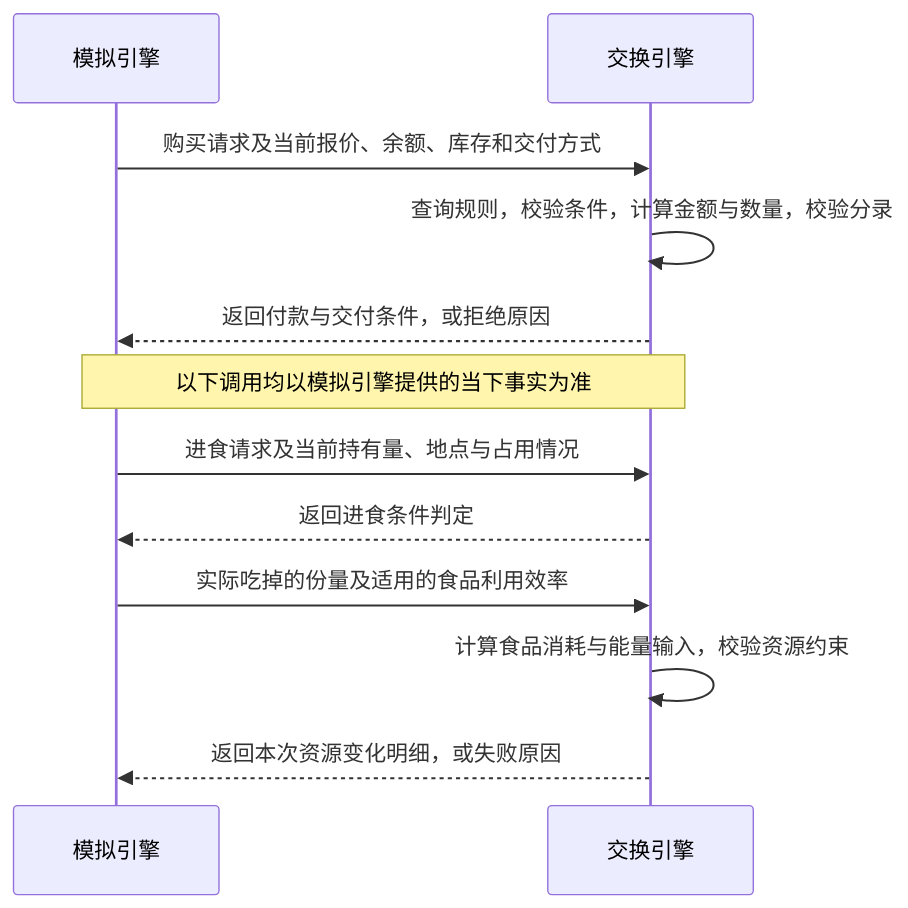
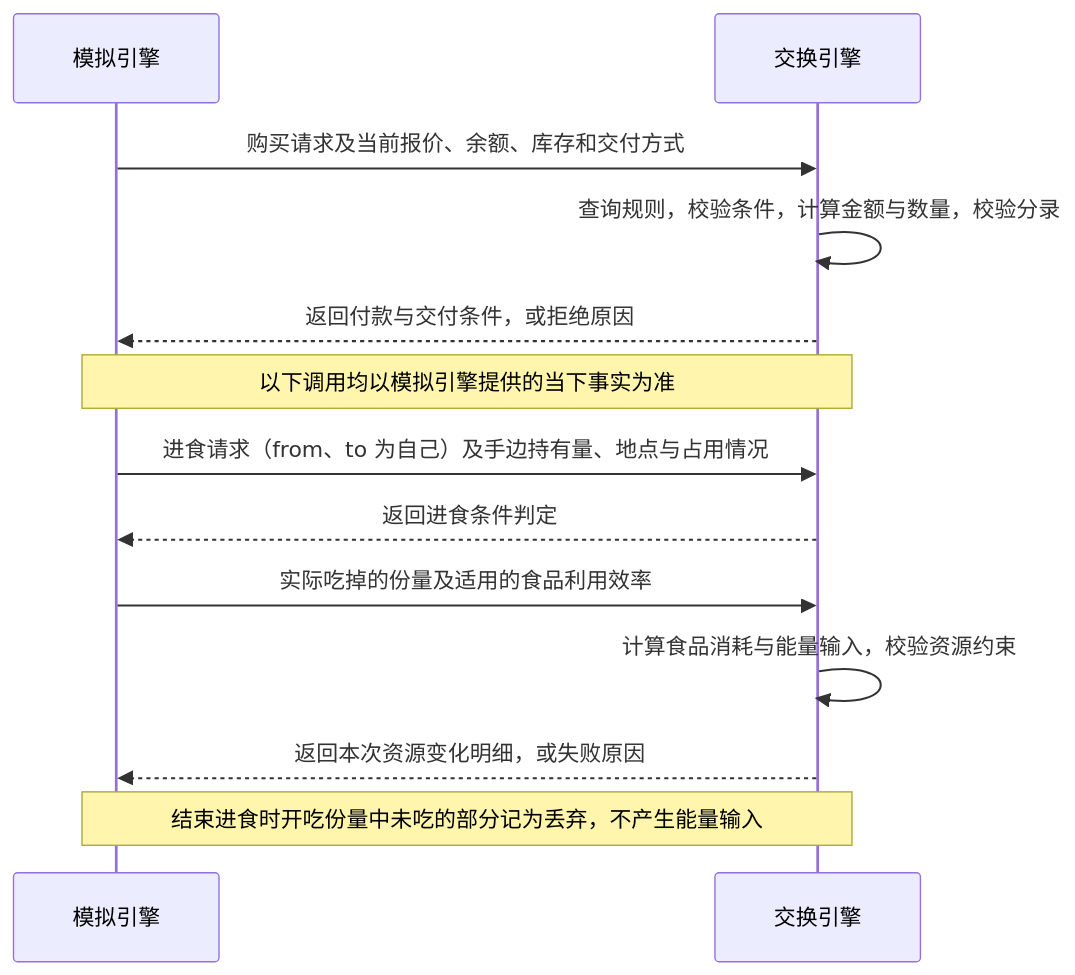
Before and after one commit to HoldThatThgt/WorldMock: the fifth of 6 diagrams in docs/design/02-exchange-engine.md, drawn with Mermaid. The commit also changed other lines of this file and 11 other files, not shown here.

````diff
--- a/docs/design/02-exchange-engine.md
+++ b/docs/design/02-exchange-engine.md
@@ -312,14 +315,15 @@
 ```mermaid
 sequenceDiagram
     participant S as 模拟引擎
     participant X as 交换引擎
     S->>X: 购买请求及当前报价、余额、库存和交付方式
     X->>X: 查询规则，校验条件，计算金额与数量，校验分录
     X-->>S: 返回付款与交付条件，或拒绝原因
     Note over S,X: 以下调用均以模拟引擎提供的当下事实为准
-    S->>X: 进食请求及当前持有量、地点与占用情况
+    S->>X: 进食请求（from、to 为自己）及手边持有量、地点与占用情况
     X-->>S: 返回进食条件判定
     S->>X: 实际吃掉的份量及适用的食品利用效率
     X->>X: 计算食品消耗与能量输入，校验资源约束
     X-->>S: 返回本次资源变化明细，或失败原因
+    Note over S,X: 结束进食时开吃份量中未吃的部分记为丢弃，不产生能量输入
 ```
````
